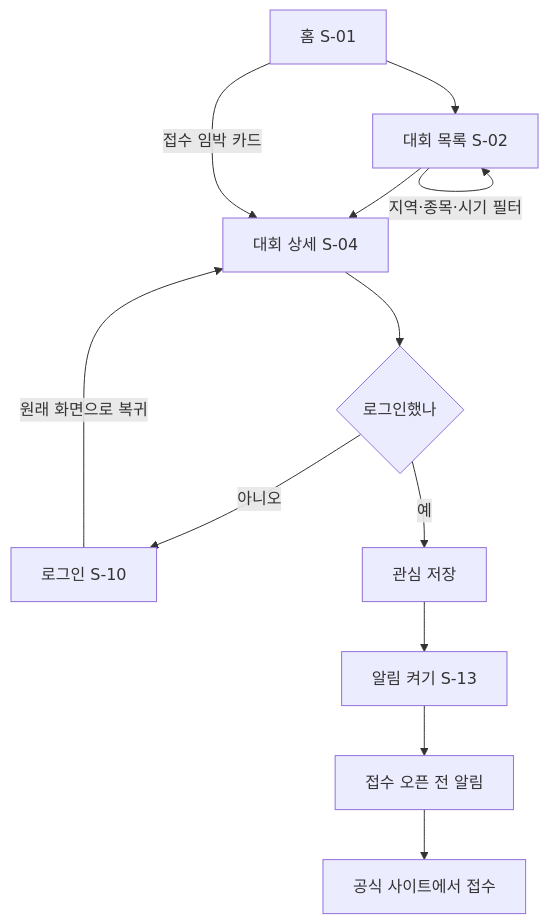
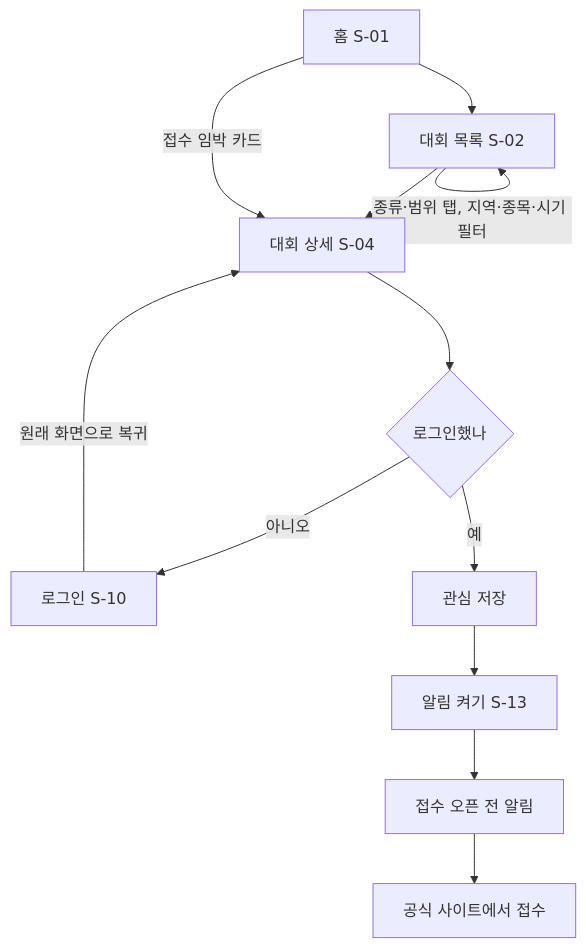
The first of 9 diagrams in docs/planning/04_사용자플로우.md (keepgrade/TogeRun), drawn with Mermaid before and after one commit. The commit also changed other lines of this file and 6 other files, not shown here.

````diff
--- a/docs/planning/04_사용자플로우.md
+++ b/docs/planning/04_사용자플로우.md
@@ -7,14 +7,14 @@
 ```mermaid
 flowchart TD
   A[홈 S-01] --> B[대회 목록 S-02]
-  B -->|지역·종목·시기 필터| B
+  B -->|종류·범위 탭, 지역·종목·시기 필터| B
   B --> C[대회 상세 S-04]
   A -->|접수 임박 카드| C
   C --> D{로그인했나}
   D -- 아니오 --> L[로그인 S-10]
   L -->|원래 화면으로 복귀| C
   D -- 예 --> E[관심 저장]
   E --> F[알림 켜기 S-13]
   F --> G[접수 오픈 전 알림]
   G --> H[공식 사이트에서 접수]
 ```
````
